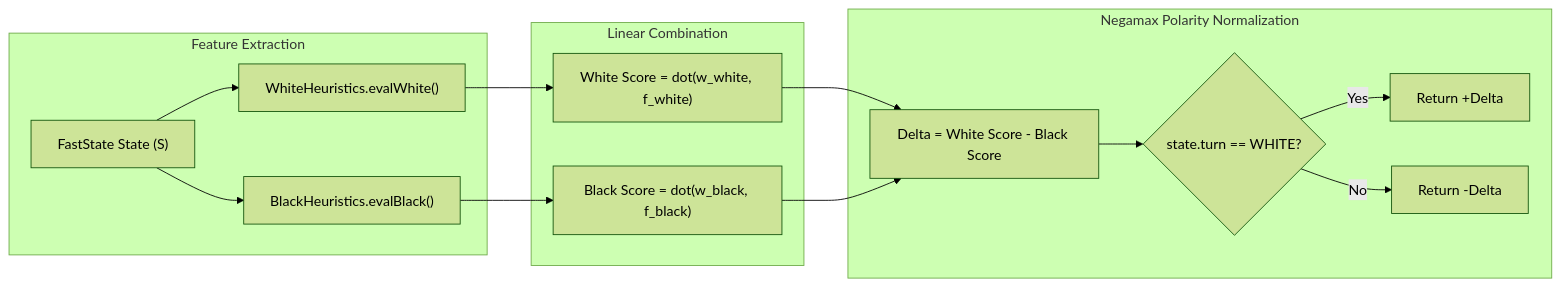
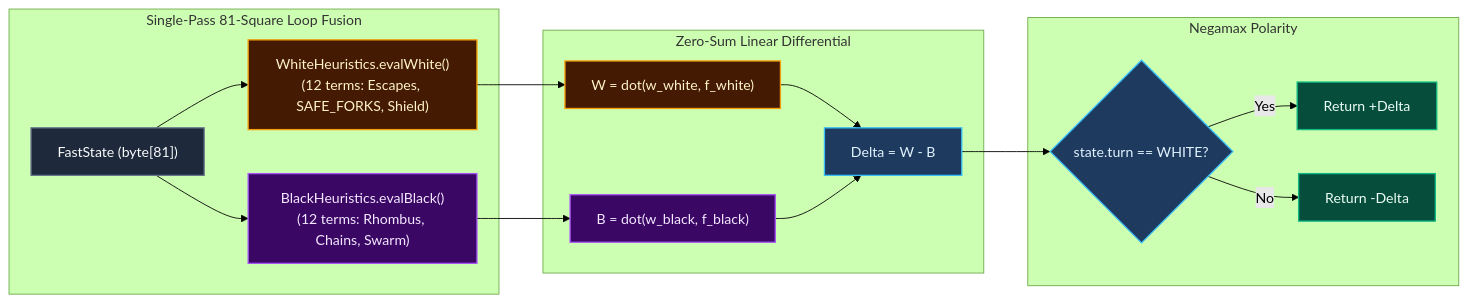
One commit to MercuryDCD/Tablut-FundamentalsAIMASTER changed the diagram in docs/wiki/03-Heuristics-and-Domain-Knowledge.md. Above: the diagram before and after it, drawn with Mermaid (forest theme). The commit also changed other lines of this file and 14 other files, not shown here.

Commit message:
docs: upgrade README and wiki with vector SVG diagrams and styled Mermaid charts

````diff
--- a/docs/wiki/03-Heuristics-and-Domain-Knowledge.md
+++ b/docs/wiki/03-Heuristics-and-Domain-Knowledge.md
@@ -142,21 +130,26 @@
 ```mermaid
 flowchart LR
-    subgraph "Feature Extraction"
-        S["FastState State (S)"] --> W["WhiteHeuristics.evalWhite()"]
-        S --> B["BlackHeuristics.evalBlack()"]
+    classDef state fill:#1e293b,stroke:#64748b,color:#f8fafc,stroke-width:1.5px
+    classDef white fill:#451a03,stroke:#f59e0b,color:#fef3c7,stroke-width:1.5px
+    classDef black fill:#3b0764,stroke:#a855f7,color:#f3e8ff,stroke-width:1.5px
+    classDef math fill:#1e3a5f,stroke:#38bdf8,color:#e0f2fe,stroke-width:1.5px
+    classDef out fill:#064e3b,stroke:#10b981,color:#ecfdf5,stroke-width:1.5px
+
+    subgraph Extract["Single-Pass 81-Square Loop Fusion"]
+        S["FastState (byte[81])"]:::state --> W["WhiteHeuristics.evalWhite()<br/>(12 terms: Escapes, SAFE_FORKS, Shield)"]:::white
+        S --> B["BlackHeuristics.evalBlack()<br/>(12 terms: Rhombus, Chains, Swarm)"]:::black
     end
 
-    subgraph "Linear Combination"
-        W --> W_Score["White Score = dot(w_white, f_white)"]
-        B --> B_Score["Black Score = dot(w_black, f_black)"]
+    subgraph Combine["Zero-Sum Linear Differential"]
+        W --> W_Score["W = dot(w_white, f_white)"]:::white
+        B --> B_Score["B = dot(w_black, f_black)"]:::black
+        W_Score --> Diff["Delta = W - B"]:::math
+        B_Score --> Diff
     end
 
-    W_Score --> Diff["Delta = White Score - Black Score"]
-    B_Score --> Diff
-
-    subgraph "Negamax Polarity Normalization"
-        Diff --> Polarity{"state.turn == WHITE?"}
-        Polarity -- "Yes" --> RetWhite["Return +Delta"]
-        Polarity -- "No" --> RetBlack["Return -Delta"]
+    subgraph Negamax["Negamax Polarity"]
+        Diff --> Polarity{"state.turn == WHITE?"}:::math
+        Polarity -- "Yes" --> RetWhite["Return +Delta"]:::out
+        Polarity -- "No" --> RetBlack["Return -Delta"]:::out
     end
 ```
````
